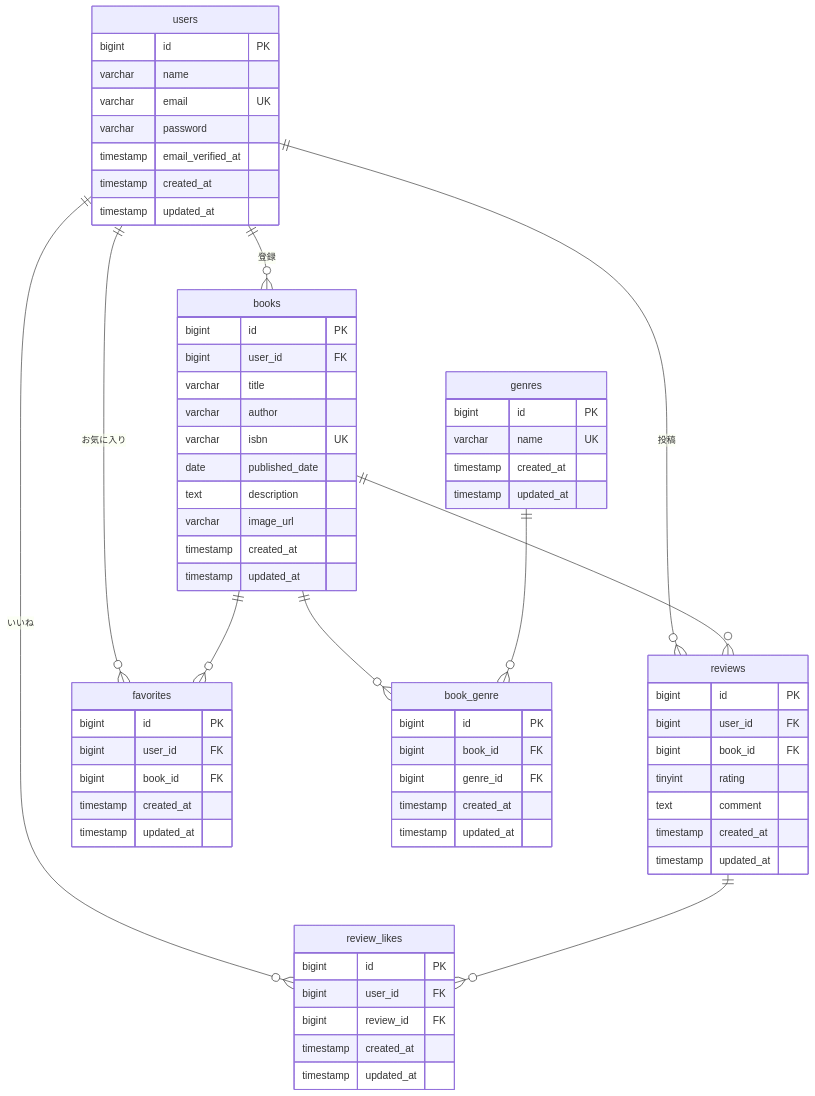
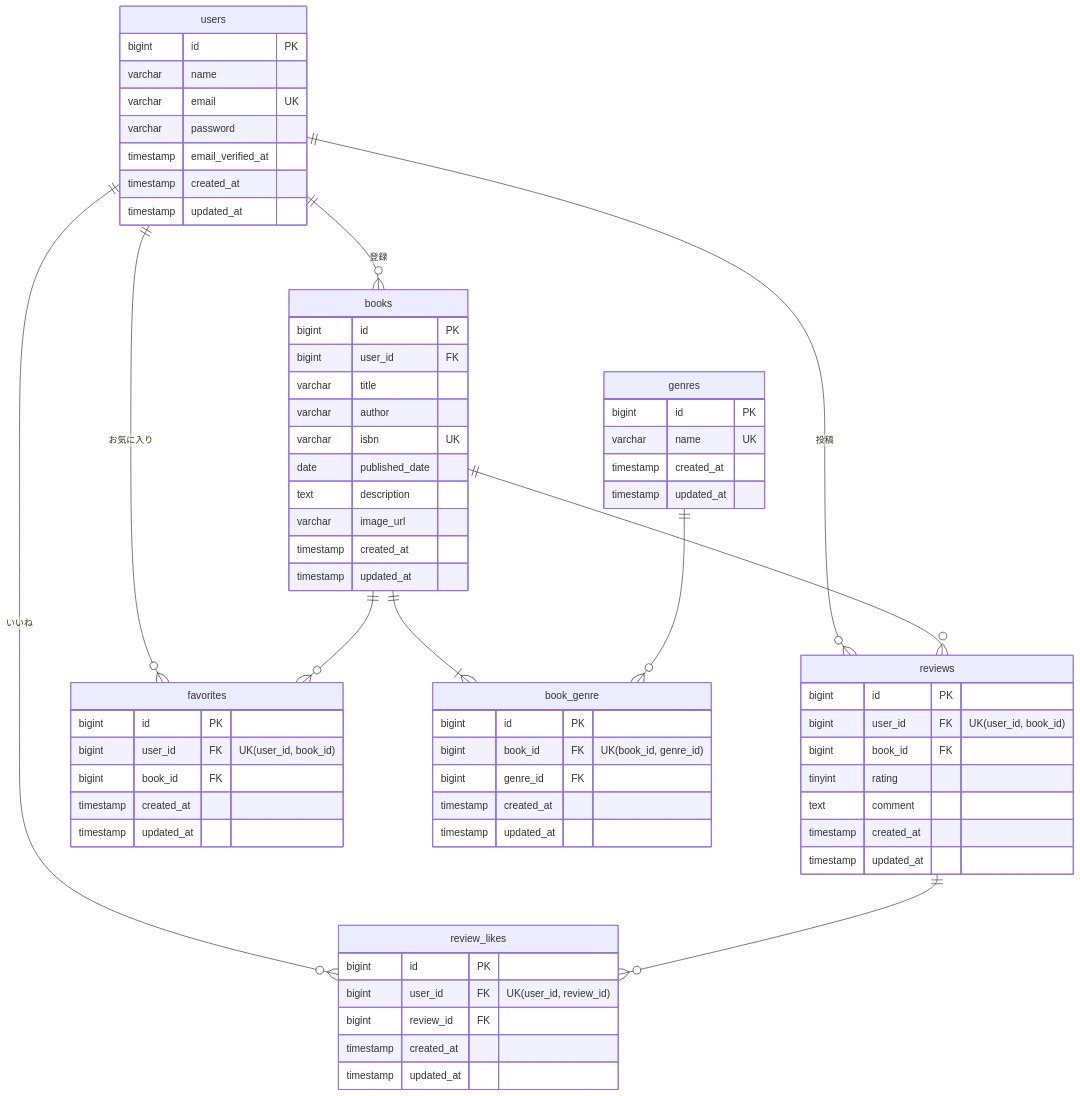
The diagram in README.md (coachtech-material/ExampleAnswer-mockcase-BookShelf), drawn with Mermaid before and after one commit. The commit also changed 3 other files, not shown here.

````diff
--- a/README.md
+++ b/README.md
@@ -226,76 +226,76 @@
 ```mermaid
 erDiagram
     users ||--o{ books : "登録"
     users ||--o{ reviews : "投稿"
     users ||--o{ favorites : "お気に入り"
     users ||--o{ review_likes : "いいね"
     books ||--o{ reviews : ""
-    books ||--o{ book_genre : ""
+    books ||--|{ book_genre : ""
     books ||--o{ favorites : ""
     genres ||--o{ book_genre : ""
     reviews ||--o{ review_likes : ""
 
     users {
         bigint id PK
         varchar name
         varchar email UK
         varchar password
         timestamp email_verified_at
         timestamp created_at
         timestamp updated_at
     }
 
     books {
         bigint id PK
         bigint user_id FK
         varchar title
         varchar author
         varchar isbn UK
         date published_date
         text description
         varchar image_url
         timestamp created_at
         timestamp updated_at
     }
 
     genres {
         bigint id PK
         varchar name UK
         timestamp created_at
         timestamp updated_at
     }
 
     reviews {
         bigint id PK
-        bigint user_id FK
+        bigint user_id FK "UK(user_id, book_id)"
         bigint book_id FK
         tinyint rating
         text comment
         timestamp created_at
         timestamp updated_at
     }
 
     book_genre {
         bigint id PK
-        bigint book_id FK
+        bigint book_id FK "UK(book_id, genre_id)"
         bigint genre_id FK
         timestamp created_at
         timestamp updated_at
     }
 
     favorites {
         bigint id PK
-        bigint user_id FK
+        bigint user_id FK "UK(user_id, book_id)"
         bigint book_id FK
         timestamp created_at
         timestamp updated_at
     }
 
     review_likes {
         bigint id PK
-        bigint user_id FK
+        bigint user_id FK "UK(user_id, review_id)"
         bigint review_id FK
         timestamp created_at
         timestamp updated_at
     }
 ```
````
